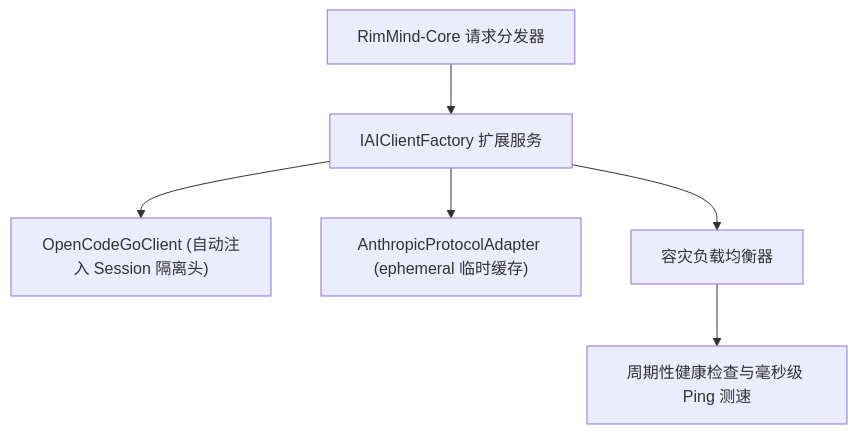
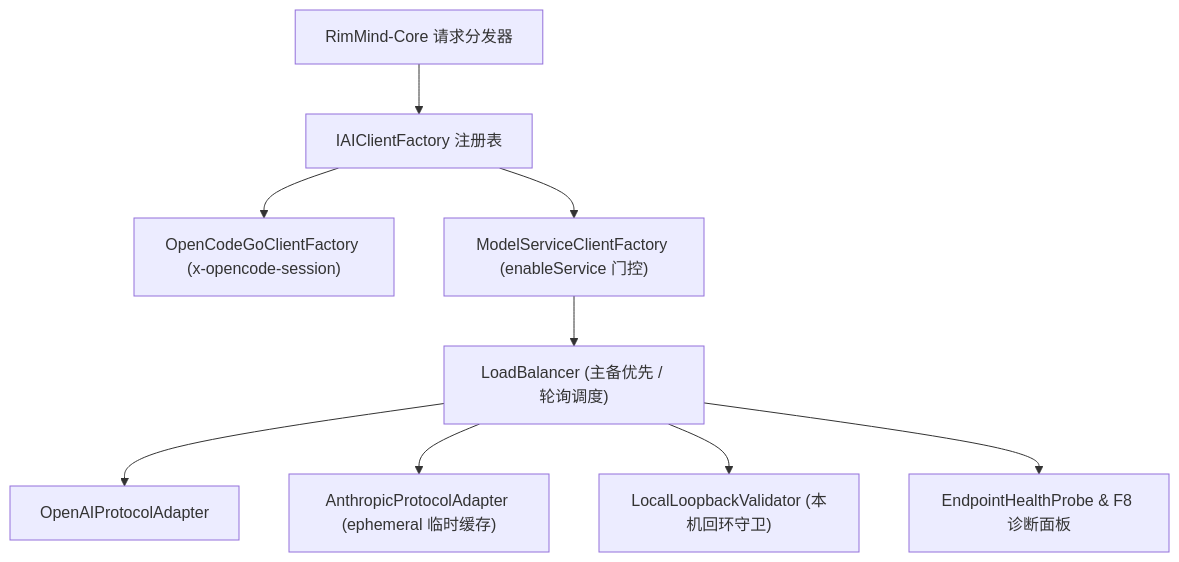
One commit to RimWorld-RimMind-Mod/RimWorld-RimMind-Mod-Extension-ModelService changed the diagram in README_zh.md. Above: the diagram before and after it, drawn with Mermaid. The commit also changed other lines of this file and 11 other files, not shown here.

Commit message:
fix(modelservice): synchronize endpoint list lock, health probe status, LICENSE, and docs

````diff
--- a/README_zh.md
+++ b/README_zh.md
@@ -41,8 +42,11 @@
 ```mermaid
 flowchart TD
-    Core["RimMind-Core 请求分发器"] --> Factory["IAIClientFactory 扩展服务"]
-    Factory --> OpenCode["OpenCodeGoClient (自动注入 Session 隔离头)"]
-    Factory --> Anthropic["AnthropicProtocolAdapter (ephemeral 临时缓存)"]
-    Factory --> Failover["容灾负载均衡器"]
-    Failover --> Health["周期性健康检查与毫秒级 Ping 测速"]
+    Core["RimMind-Core 请求分发器"] --> Factory["IAIClientFactory 注册表"]
+    Factory --> OpenCode["OpenCodeGoClientFactory (x-opencode-session)"]
+    Factory --> Extended["ModelServiceClientFactory (enableService 门控)"]
+    Extended --> Balancer["LoadBalancer (主备优先 / 轮询调度)"]
+    Balancer --> OpenAI["OpenAIProtocolAdapter"]
+    Balancer --> Anthropic["AnthropicProtocolAdapter (ephemeral 临时缓存)"]
+    Balancer --> Loopback["LocalLoopbackValidator (本机回环守卫)"]
+    Balancer --> Health["EndpointHealthProbe & F8 诊断面板"]
 ```
````
